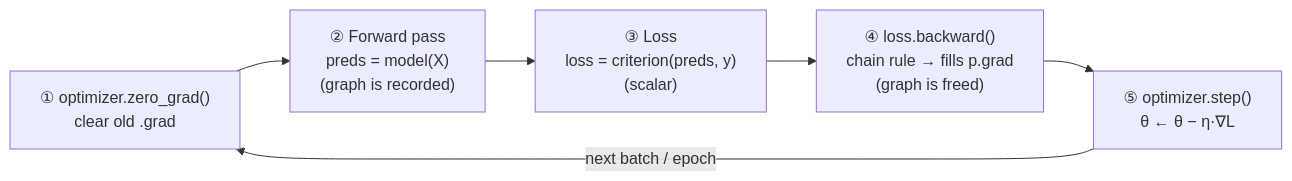
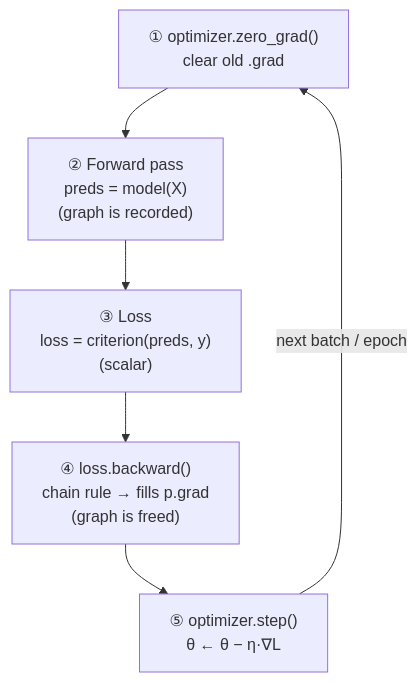
One commit to prabhu-raghunathan/java-learn changed the third of 3 diagrams in docs/03-ai-ml/03-deep-learning/01-pytorch-and-neural-networks/01-pytorch-fundamentals.md. Above: the diagram before and after it, drawn with Mermaid. The commit also changed other lines of this file and 51 other files, not shown here.

````diff
--- a/docs/03-ai-ml/03-deep-learning/01-pytorch-and-neural-networks/01-pytorch-fundamentals.md
+++ b/docs/03-ai-ml/03-deep-learning/01-pytorch-and-neural-networks/01-pytorch-fundamentals.md
@@ -58,8 +265,8 @@
 ```mermaid
-flowchart LR
+flowchart TB
     Z["① optimizer.zero_grad()<br/>clear old .grad"] --> F["② Forward pass<br/>preds = model(X)<br/>(graph is recorded)"]
     F --> L["③ Loss<br/>loss = criterion(preds, y)<br/>(scalar)"]
     L --> B["④ loss.backward()<br/>chain rule → fills p.grad<br/>(graph is freed)"]
     B --> S["⑤ optimizer.step()<br/>θ ← θ − η·∇L"]
     S -->|next batch / epoch| Z
 ```
````
